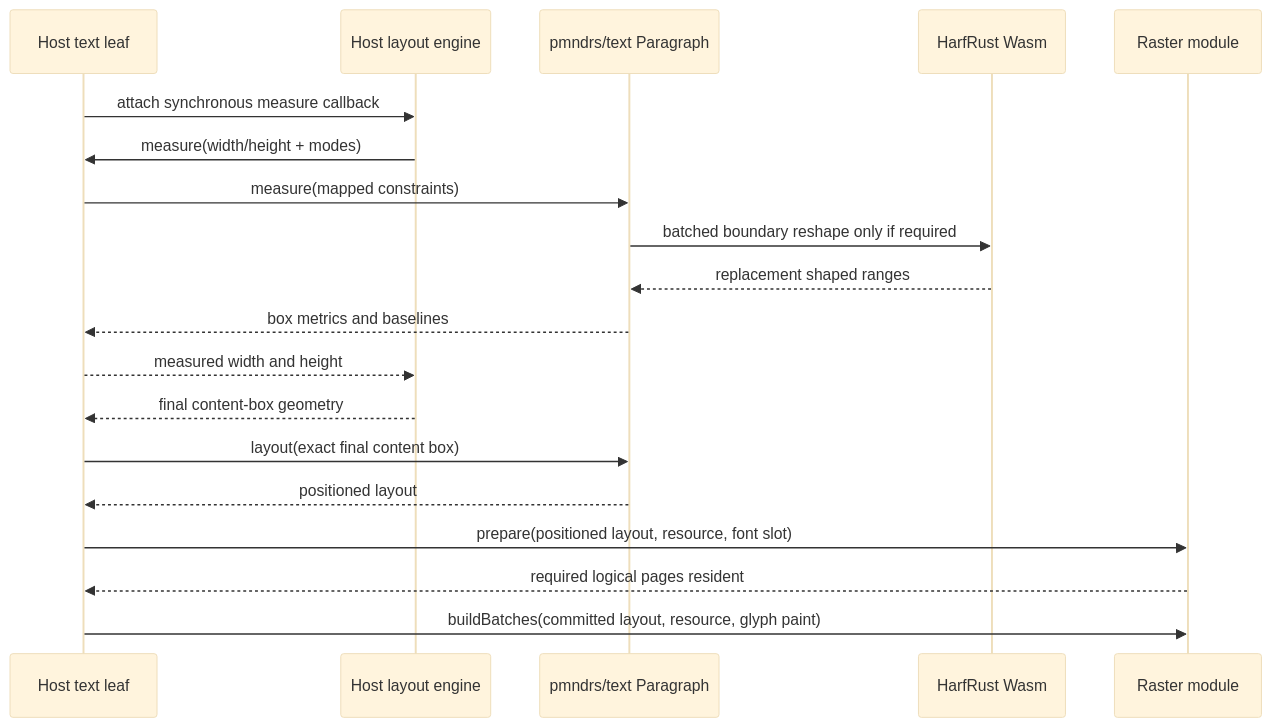
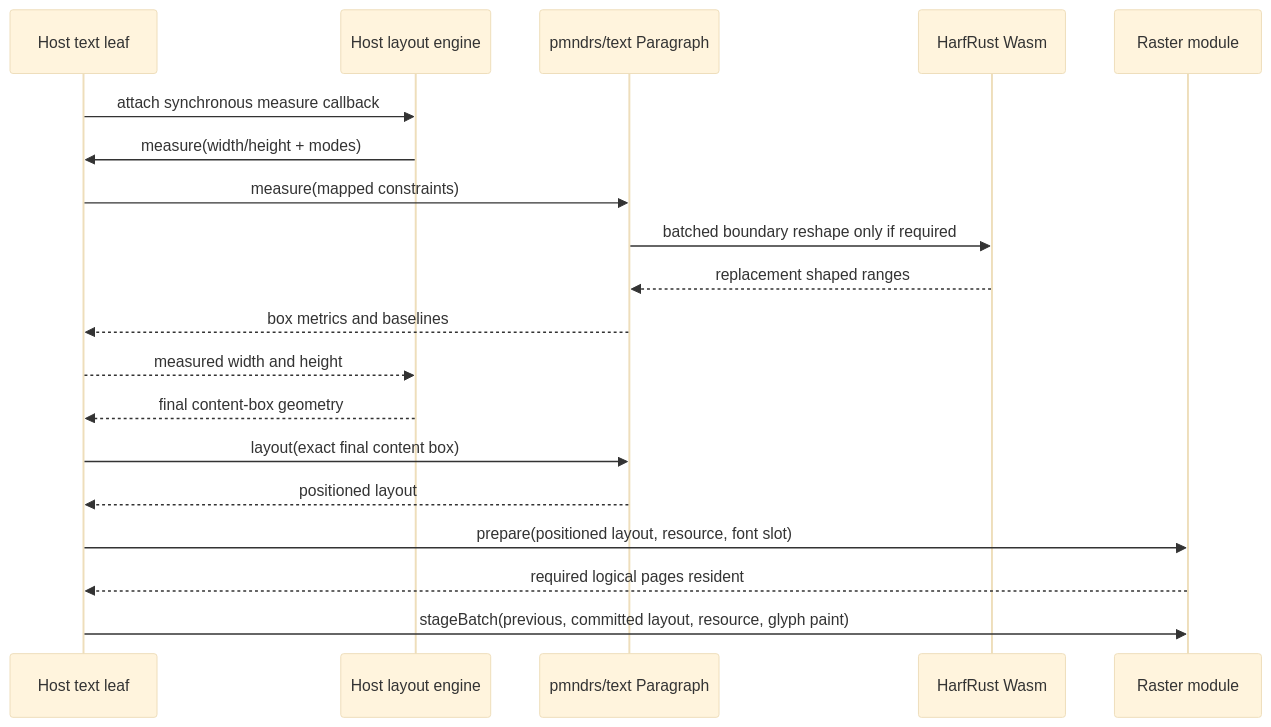
Before and after one commit to alvarosabu/glyph: the sixth of 6 diagrams in docs/planning/architecture.md, drawn with Mermaid (base theme). The commit also changed 25 other files, not shown here.

````diff
--- a/docs/planning/architecture.md
+++ b/docs/planning/architecture.md
@@ -318,22 +318,22 @@
 ```mermaid
 sequenceDiagram
   participant U as Host text leaf
   participant Y as Host layout engine
   participant P as pmndrs/text Paragraph
   participant W as HarfRust Wasm
   participant R as Raster module
 
   U->>Y: attach synchronous measure callback
   Y->>U: measure(width/height + modes)
   U->>P: measure(mapped constraints)
   P->>W: batched boundary reshape only if required
   W-->>P: replacement shaped ranges
   P-->>U: box metrics and baselines
   U-->>Y: measured width and height
   Y-->>U: final content-box geometry
   U->>P: layout(exact final content box)
   P-->>U: positioned layout
   U->>R: prepare(positioned layout, resource, font slot)
   R-->>U: required logical pages resident
-  U->>R: buildBatches(committed layout, resource, glyph paint)
+  U->>R: stageBatch(previous, committed layout, resource, glyph paint)
 ```
````
